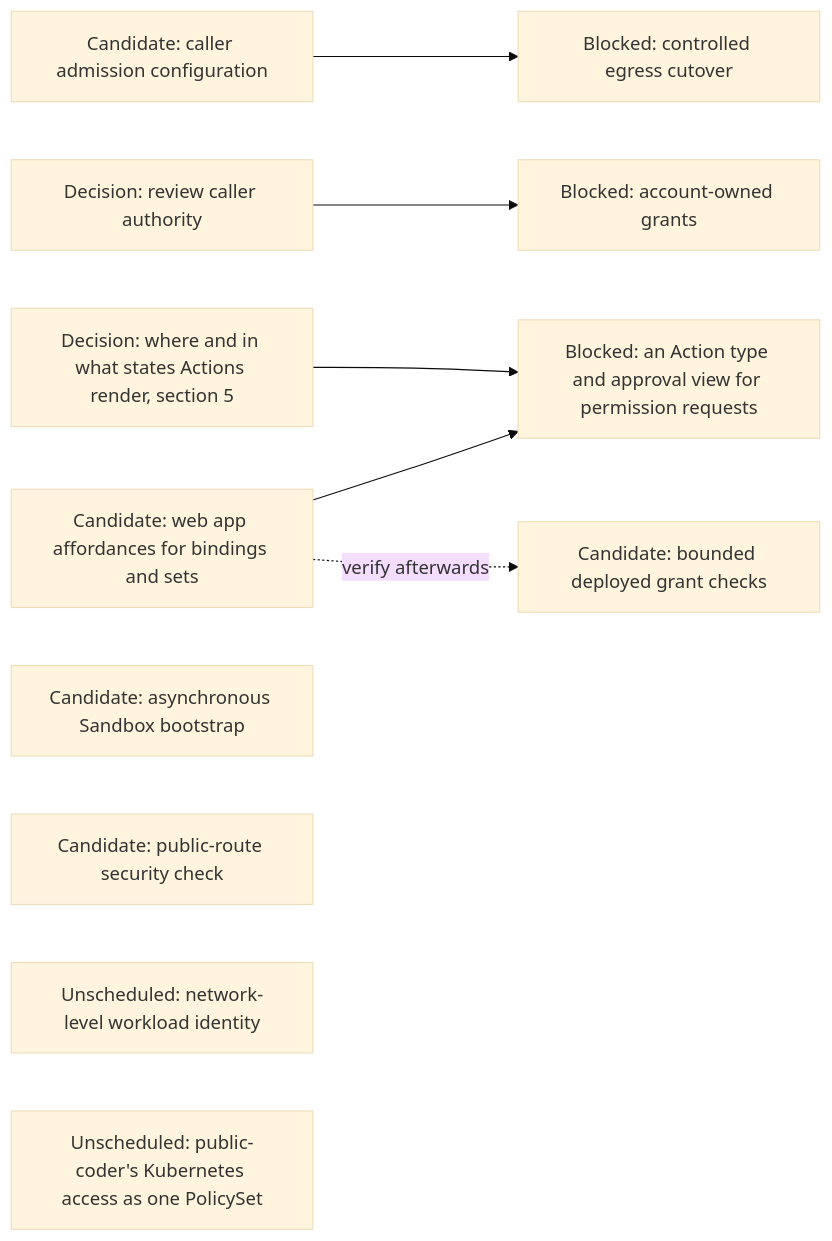
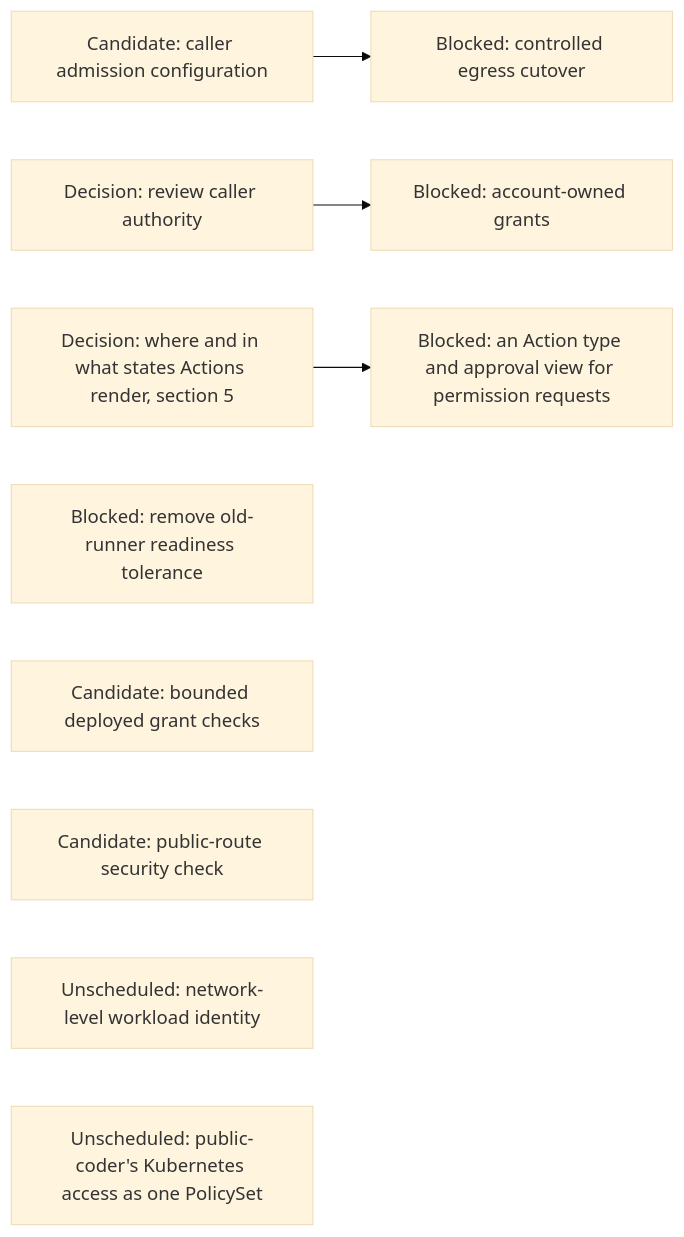
Before and after one commit to agentydragon/ducktape: the ninth of 15 diagrams in agentplane/plans/task_dag.md, drawn with Mermaid (base theme). The commit also changed other lines of this file and 15 other files, not shown here.

````diff
--- a/agentplane/plans/task_dag.md
+++ b/agentplane/plans/task_dag.md
@@ -565,16 +591,13 @@
 ```mermaid
 flowchart LR
     PC_EGRESS_CREDENTIALS[Candidate: caller admission configuration] --> PC_EGRESS[Blocked: controlled egress cutover]
     CLAUDE_AI_SA[Decision: review caller authority] --> MANAGED_SA_RBAC[Blocked: account-owned grants]
-    POLICY_RUNTIME_GRANTS[Candidate: web app affordances for bindings and sets]
     AGENT_PERMISSION_REQUESTS[Blocked: an Action type and approval view for permission requests]
     ACTION_SURFACES_DESIGN[Decision: where and in what states Actions render, section 5]
-    POLICY_RUNTIME_GRANTS --> AGENT_PERMISSION_REQUESTS
     ACTION_SURFACES_DESIGN --> AGENT_PERMISSION_REQUESTS
-    POLICY_RUNTIME_GRANTS -. verify afterwards .-> SANDBOX_RBAC
-    BOOTSTRAP_PROGRESS_CONTRACT[Candidate: asynchronous Sandbox bootstrap]
+    BOOTSTRAP_UNKNOWN_HOLDS_READY[Blocked: remove old-runner readiness tolerance]
     SANDBOX_RBAC[Candidate: bounded deployed grant checks]
     NOTIFICATION_INGRESS_BOUNDARY[Candidate: public-route security check]
     NETWORK_WORKLOAD_IDENTITY[Unscheduled: network-level workload identity]
     PC_KUBERNETES_POLICY_SET[Unscheduled: public-coder's Kubernetes access as one PolicySet]
 ```
````
